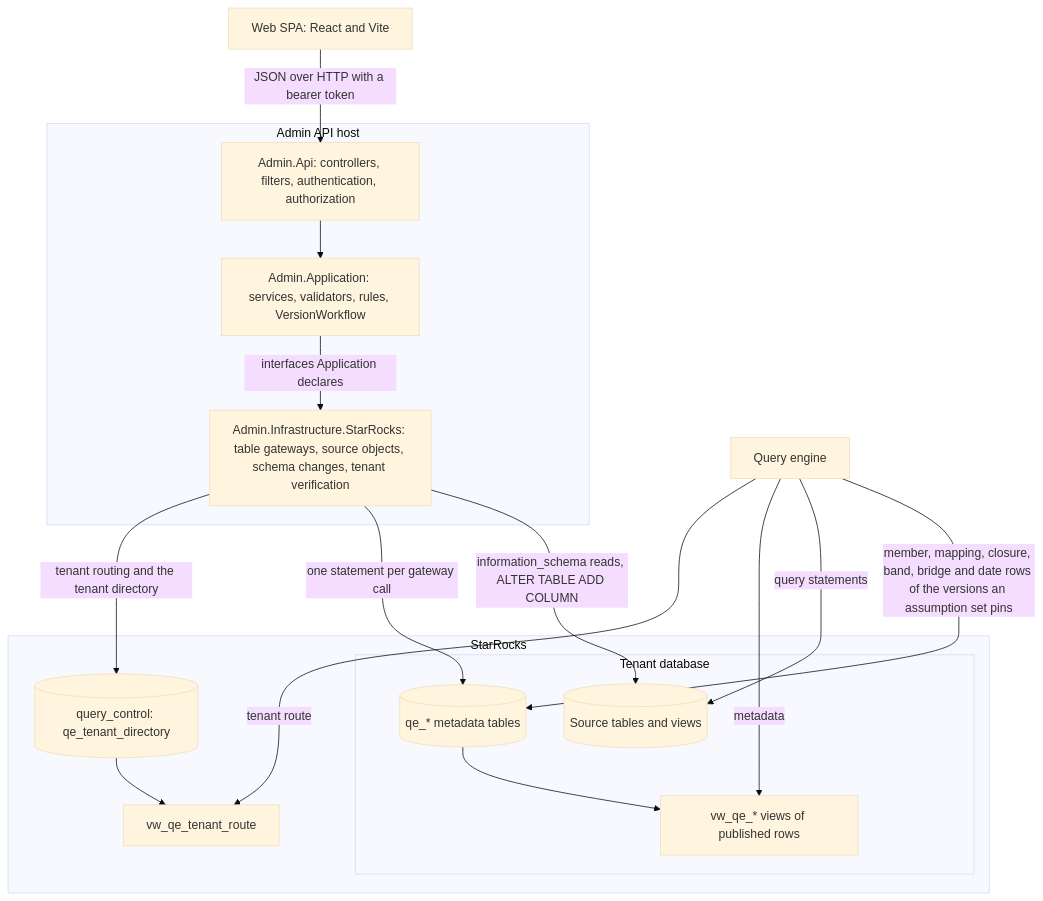
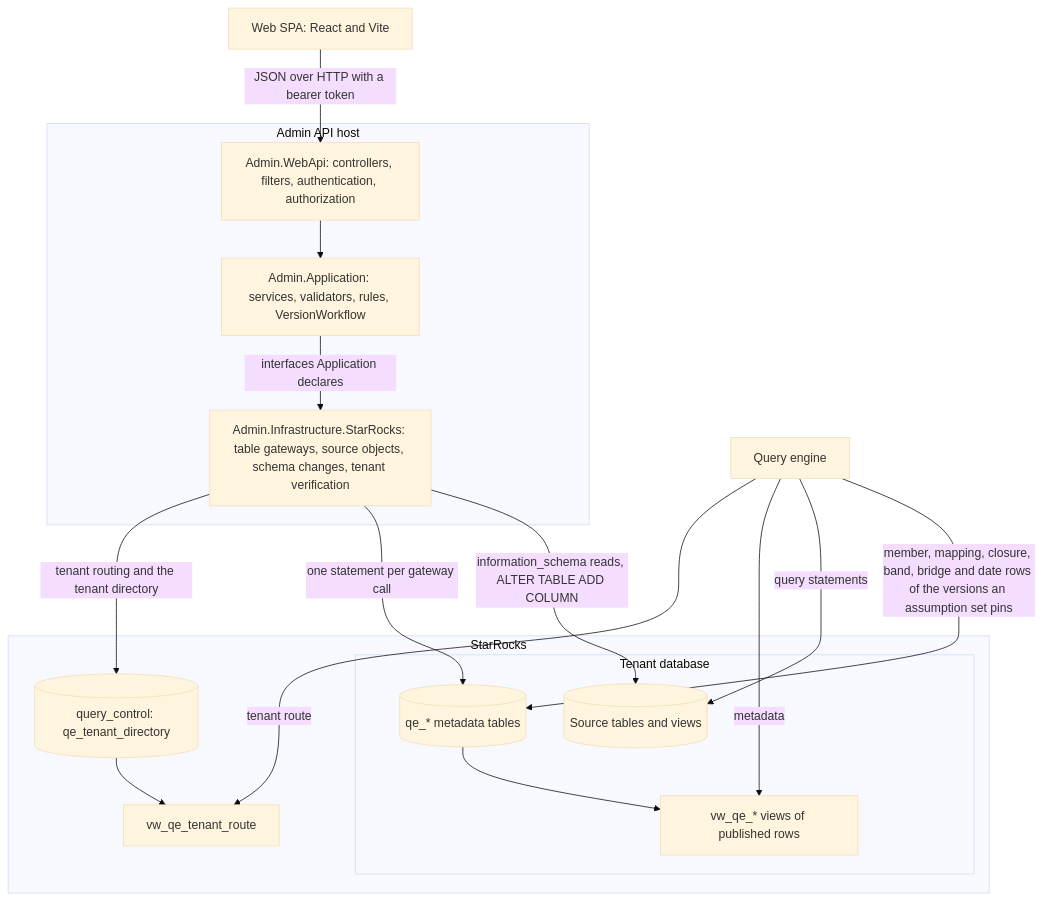
The first of 3 diagrams in api/docs/architecture/01-architecture.md (chrisaliotta/Quantalytix.QueryEngine.Admin), drawn with Mermaid (base theme) before and after one commit. The commit also changed other lines of this file and 331 other files, not shown here.

First line of the commit message:
refactor: update project structure and documentation for WebApi

````diff
--- a/api/docs/architecture/01-architecture.md
+++ b/api/docs/architecture/01-architecture.md
@@ -9,31 +9,31 @@
 ```mermaid
 flowchart TB
     Spa["Web SPA: React and Vite"]
     subgraph AdminHost [Admin API host]
-        Api["Admin.Api: controllers, filters, authentication, authorization"]
+        Api["Admin.WebApi: controllers, filters, authentication, authorization"]
         App["Admin.Application: services, validators, rules, VersionWorkflow"]
         Infra["Admin.Infrastructure.StarRocks: table gateways, source objects, schema changes, tenant verification"]
     end
     subgraph Cluster [StarRocks]
         Control[("query_control: qe_tenant_directory")]
         RouteView["vw_qe_tenant_route"]
         subgraph TenantDatabase [Tenant database]
             QeTables[("qe_* metadata tables")]
             SourceTables[("Source tables and views")]
             Views["vw_qe_* views of published rows"]
         end
     end
     Engine["Query engine"]
     Spa -->|"JSON over HTTP with a bearer token"| Api
     Api --> App
     App -->|"interfaces Application declares"| Infra
     Infra -->|"tenant routing and the tenant directory"| Control
     Infra -->|"one statement per gateway call"| QeTables
     Infra -->|"information_schema reads, ALTER TABLE ADD COLUMN"| SourceTables
     Control --> RouteView
     QeTables --> Views
     Engine -->|"tenant route"| RouteView
     Engine -->|"metadata"| Views
     Engine -->|"query statements"| SourceTables
     Engine -->|"member, mapping, closure, band, bridge and date rows of the versions an assumption set pins"| QeTables
 ```
````
